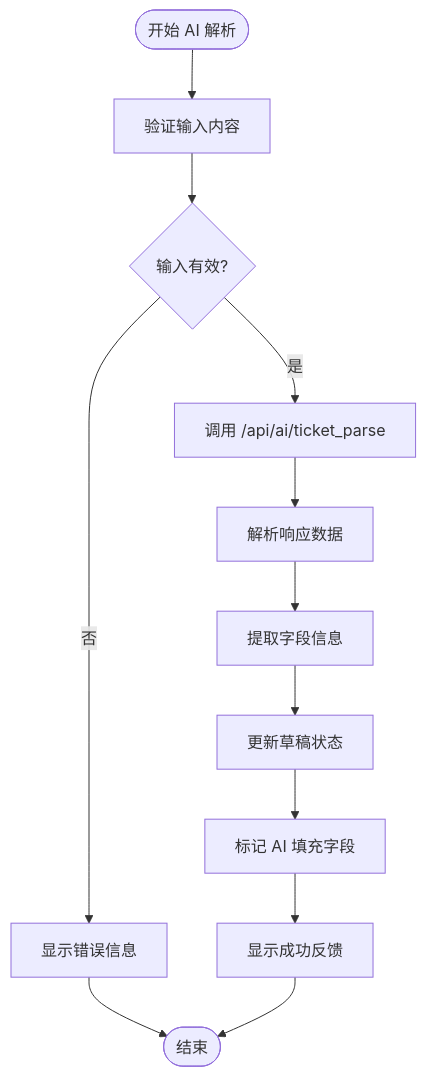
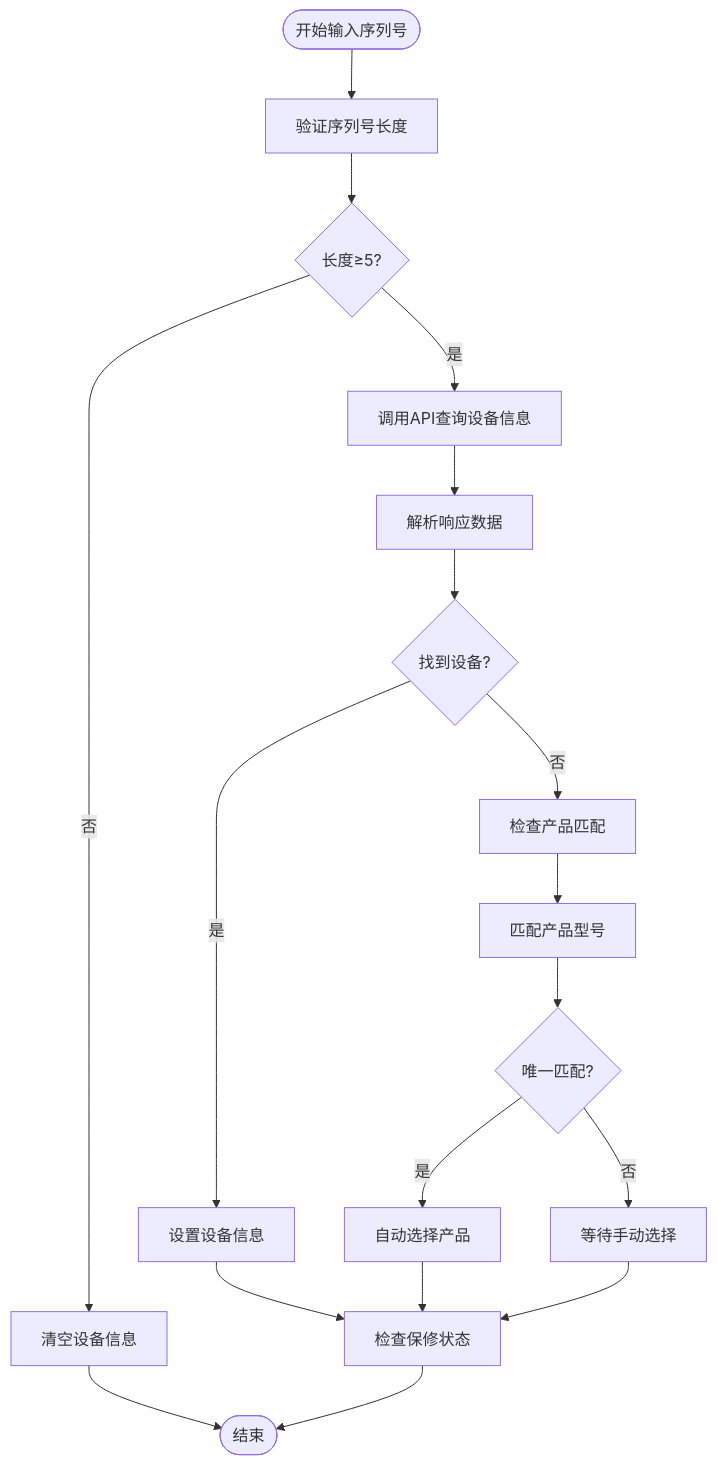
One commit to CubeEdge/Longhorn changed the fourth of 8 diagrams in .qoder/repowiki/zh/content/前端组件架构/工单创建模态框.md. Above: the diagram before and after it, drawn with Mermaid. The commit also changed other lines of this file and 53 other files, not shown here.

````diff
--- a/.qoder/repowiki/zh/content/前端组件架构/工单创建模态框.md
+++ b/.qoder/repowiki/zh/content/前端组件架构/工单创建模态框.md
@@ -190,14 +181,20 @@
 ```mermaid
 flowchart TD
-Start([开始 AI 解析]) --> ValidateInput[验证输入内容]
-ValidateInput --> InputValid{输入有效?}
-InputValid --> |否| ShowError[显示错误信息]
-InputValid --> |是| CallAPI[调用 /api/ai/ticket_parse]
-CallAPI --> ParseResponse[解析响应数据]
-ParseResponse --> ExtractFields[提取字段信息]
-ExtractFields --> UpdateDraft[更新草稿状态]
-UpdateDraft --> MarkGhost[标记 AI 填充字段]
-MarkGhost --> ShowSuccess[显示成功反馈]
-ShowError --> End([结束])
-ShowSuccess --> End
+Start([开始输入序列号]) --> Validate[验证序列号长度]
+Validate --> LengthOK{长度≥5?}
+LengthOK --> |否| ClearInfo[清空设备信息]
+LengthOK --> |是| FetchData[调用API查询设备信息]
+FetchData --> ParseResponse[解析响应数据]
+ParseResponse --> HasDevice{找到设备?}
+HasDevice --> |是| SetDeviceInfo[设置设备信息]
+HasDevice --> |否| CheckProducts[检查产品匹配]
+SetDeviceInfo --> CheckWarranty[检查保修状态]
+CheckProducts --> MatchProducts[匹配产品型号]
+MatchProducts --> SingleMatch{唯一匹配?}
+SingleMatch --> |是| AutoSelect[自动选择产品]
+SingleMatch --> |否| ManualSelect[等待手动选择]
+AutoSelect --> CheckWarranty
+ManualSelect --> CheckWarranty
+ClearInfo --> End([结束])
+CheckWarranty --> End
 ```
````
